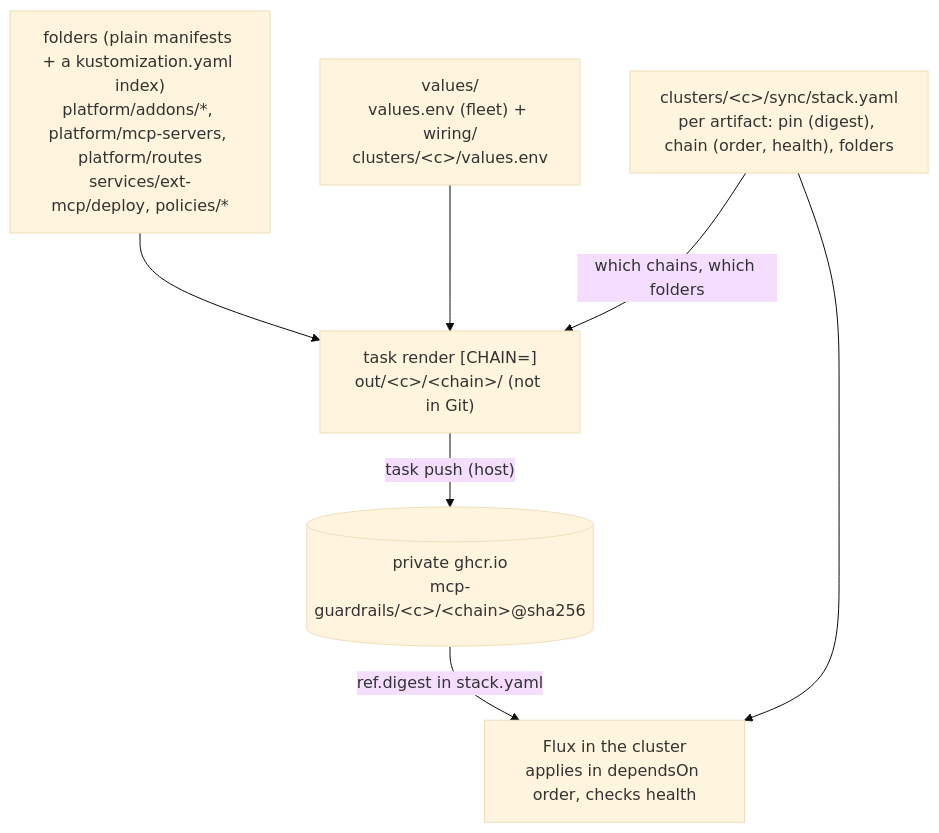
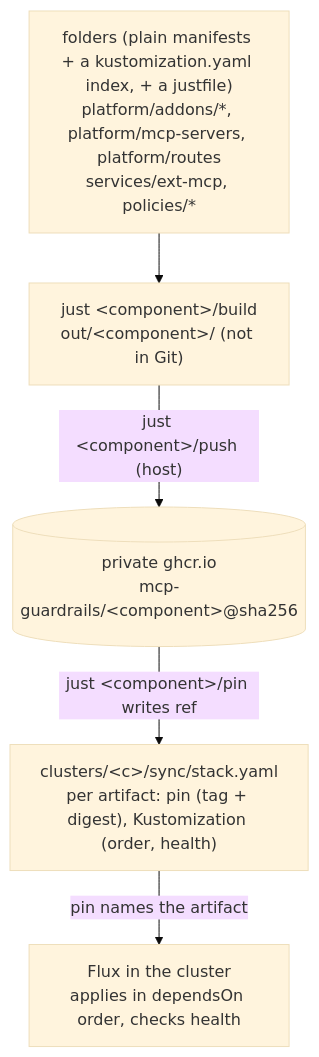
One commit to raghav19/engineersdaybook changed the third of 4 diagrams in code/mcp-sandbox/part-3-mcp-guardrails/README.md. Above: the diagram before and after it, drawn with Mermaid (base theme). The commit also changed other lines of this file and 38 other files, not shown here.

````diff
--- a/code/mcp-sandbox/part-3-mcp-guardrails/README.md
+++ b/code/mcp-sandbox/part-3-mcp-guardrails/README.md
@@ -81,14 +82,11 @@
 ```mermaid
 flowchart TB
-  fold["folders (plain manifests + a kustomization.yaml index)<br/>platform/addons/*, platform/mcp-servers, platform/routes<br/>services/ext-mcp/deploy, policies/*"]
-  vals["values/<br/>values.env (fleet) + wiring/<br/>clusters/&lt;c&gt;/values.env"]
-  stack["clusters/&lt;c&gt;/sync/stack.yaml<br/>per artifact: pin (digest), chain (order, health), folders"]
-  out["task render [CHAIN=]<br/>out/&lt;c&gt;/&lt;chain&gt;/ (not in Git)"]
-  oci[("private ghcr.io<br/>mcp-guardrails/&lt;c&gt;/&lt;chain&gt;@sha256")]
+  fold["folders (plain manifests + a kustomization.yaml index, + a justfile)<br/>platform/addons/*, platform/mcp-servers, platform/routes<br/>services/ext-mcp, policies/*"]
+  stack["clusters/&lt;c&gt;/sync/stack.yaml<br/>per artifact: pin (tag + digest), Kustomization (order, health)"]
+  out["just &lt;component&gt;/build<br/>out/&lt;component&gt;/ (not in Git)"]
+  oci[("private ghcr.io<br/>mcp-guardrails/&lt;component&gt;@sha256")]
   fold --> out
-  vals --> out
-  stack -- "which chains, which folders" --> out
-  out -- "task push (host)" --> oci
-  oci -- "ref.digest in stack.yaml" --> flux["Flux in the cluster<br/>applies in dependsOn order, checks health"]
-  stack --> flux
+  out -- "just &lt;component&gt;/push (host)" --> oci
+  oci -- "just &lt;component&gt;/pin writes ref" --> stack
+  stack -- "pin names the artifact" --> flux["Flux in the cluster<br/>applies in dependsOn order, checks health"]
 ```
````
